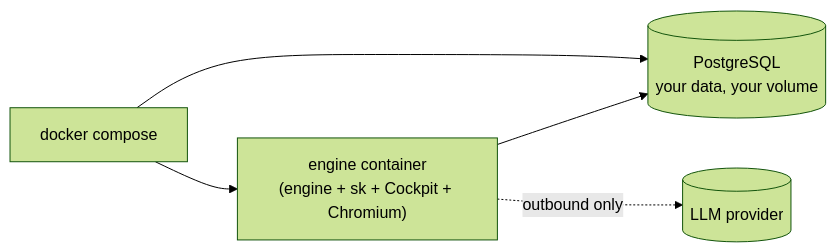
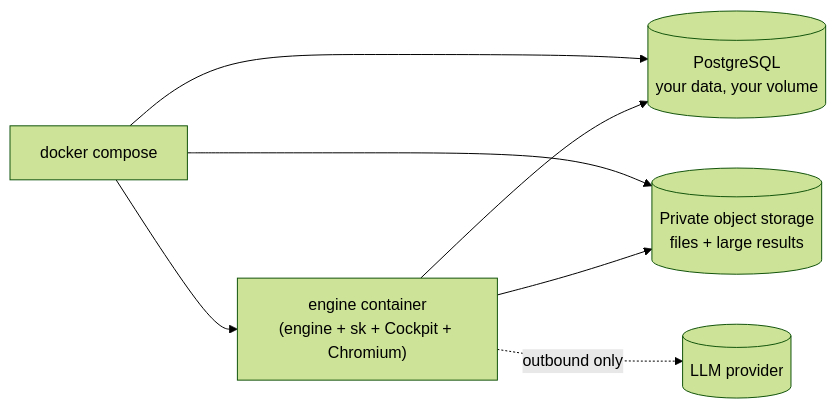
The first of 2 diagrams in docs/developers/self-host.md (MikeBild/subkit), drawn with Mermaid (forest theme) before and after one commit. The commit also changed other lines of this file and 135 other files, not shown here.

````diff
--- a/docs/developers/self-host.md
+++ b/docs/developers/self-host.md
@@ -9,7 +9,9 @@
 ```mermaid
 flowchart LR
     Op["docker compose"] --> Engine["engine container<br/>(engine + sk + Cockpit + Chromium)"]
     Op --> PG
+    Op --> S3
     Engine --> PG[("PostgreSQL<br/>your data, your volume")]
+    Engine --> S3[("Private object storage<br/>files + large results")]
     Engine -. outbound only .-> LLM[("LLM provider")]
 ```
````
